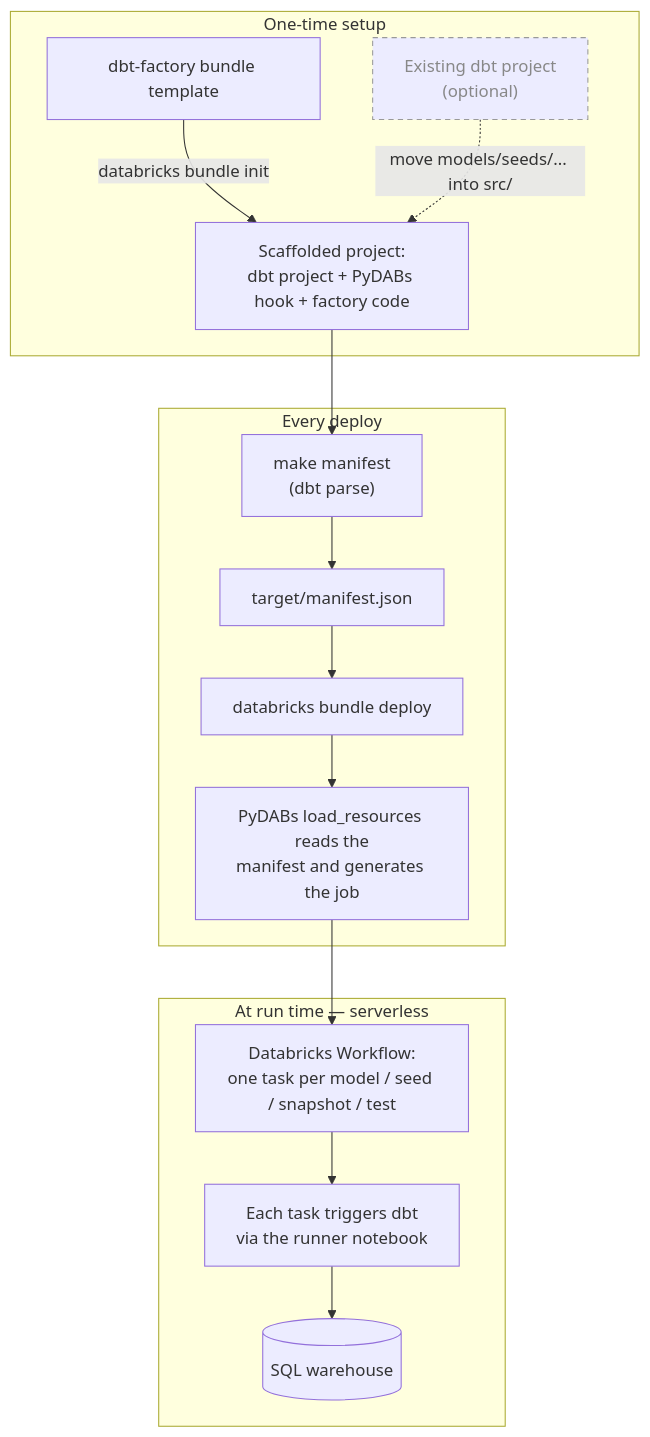
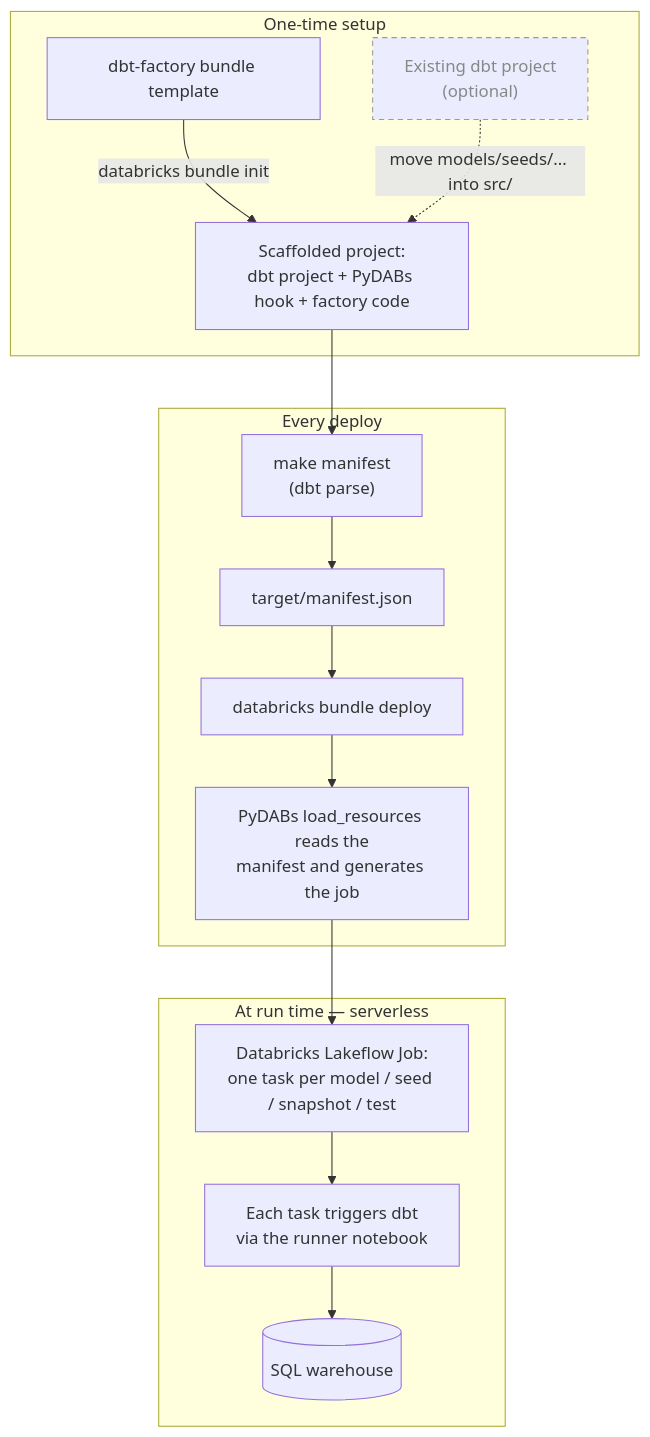
One commit to databricks/bundle-examples changed the diagram in contrib/dbt_factory/README.md. Above: the diagram before and after it, drawn with Mermaid. The commit also changed other lines of this file and 10 other files, not shown here.

First line of the commit message:
contrib/dbt-factory: add job cluster compute option + Lakeflow Jobs rename (#170)

````diff
--- a/contrib/dbt_factory/README.md
+++ b/contrib/dbt_factory/README.md
@@ -47,21 +47,21 @@
 ```mermaid
 flowchart TD
     subgraph setup["One-time setup"]
       T["dbt-factory bundle template"] -->|databricks bundle init| B["Scaffolded project:<br/>dbt project + PyDABs hook + factory code"]
       X["Existing dbt project<br/>(optional)"] -.->|move models/seeds/... into src/| B
     end
     subgraph deploy["Every deploy"]
       C["make manifest<br/>(dbt parse)"] --> D["target/manifest.json"]
       D --> E["databricks bundle deploy"]
       E --> F["PyDABs load_resources reads the<br/>manifest and generates the job"]
     end
     subgraph runtime["At run time — serverless"]
-      G["Databricks Workflow:<br/>one task per model / seed / snapshot / test"] --> H["Each task triggers dbt<br/>via the runner notebook"]
+      G["Databricks Lakeflow Job:<br/>one task per model / seed / snapshot / test"] --> H["Each task triggers dbt<br/>via the runner notebook"]
       H --> I[("SQL warehouse")]
     end
     B --> C
     F --> G
 
     classDef optional stroke:#999,stroke-dasharray:5 4,color:#888;
     class X optional;
 ```
````
